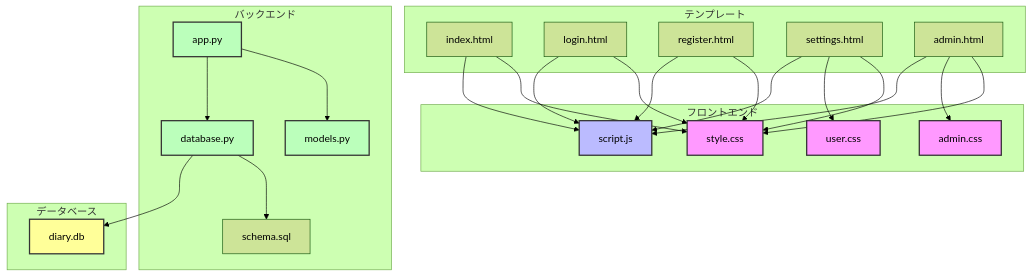
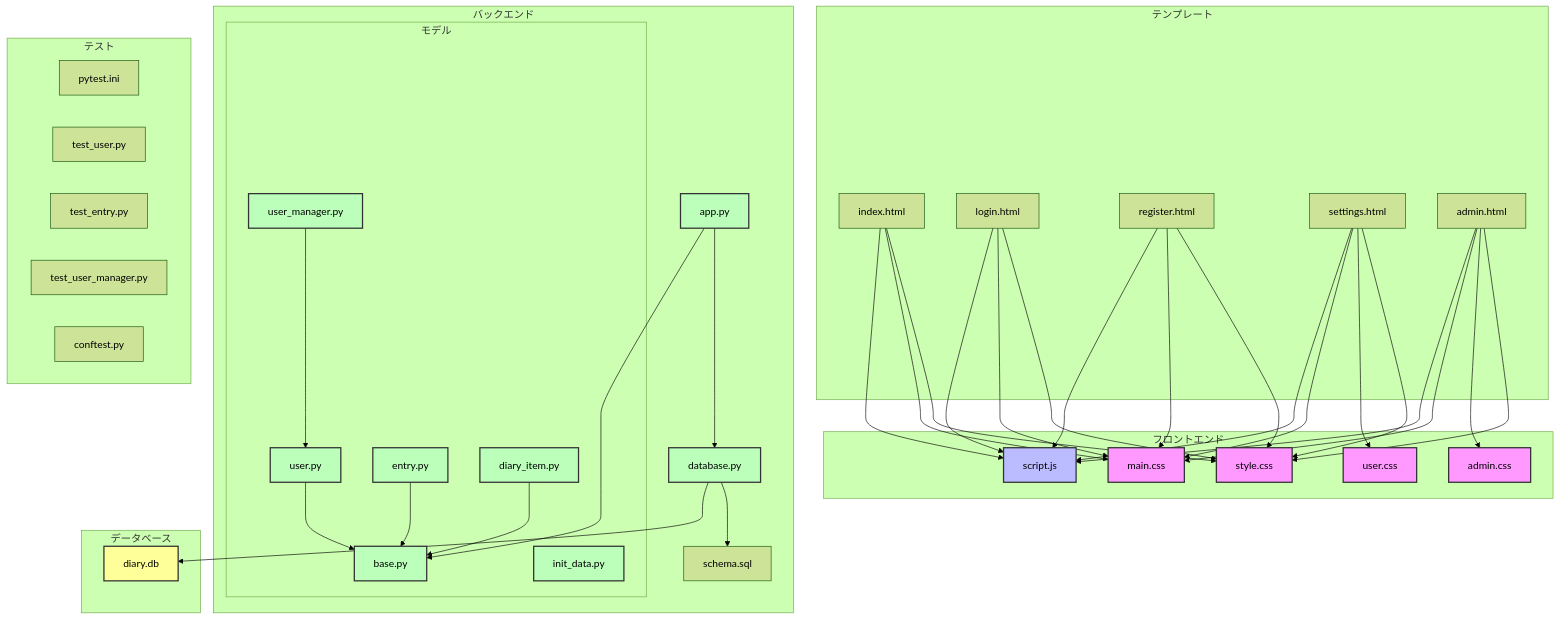
One commit to sougetuOte/LifeLog changed the tenth of 10 diagrams in docs/diagrams_ja.md. Above: the diagram before and after it, drawn with Mermaid (forest theme). The commit also changed other lines of this file and 20 other files, not shown here.

````diff
--- a/docs/diagrams_ja.md
+++ b/docs/diagrams_ja.md
@@ -292,56 +316,87 @@
         A[style.css]
         B[admin.css]
         C[user.css]
-        D[script.js]
+        D[main.css]
+        E[script.js]
     end
 
     subgraph テンプレート
-        E[index.html]
-        F[login.html]
-        G[register.html]
-        H[settings.html]
-        I[admin.html]
+        F[index.html]
+        G[login.html]
+        H[register.html]
+        I[settings.html]
+        J[admin.html]
     end
 
     subgraph バックエンド
-        J[app.py]
-        K[models.py]
-        L[database.py]
-        M[schema.sql]
+        K[app.py]
+        subgraph モデル
+            L1[base.py]
+            L2[user.py]
+            L3[entry.py]
+            L4[diary_item.py]
+            L5[user_manager.py]
+            L6[init_data.py]
+        end
+        M[database.py]
+        N[schema.sql]
     end
 
     subgraph データベース
-        N[diary.db]
+        O[diary.db]
+    end
+
+    subgraph テスト
+        P[pytest.ini]
+        Q[test_user.py]
+        R[test_entry.py]
+        S[test_user_manager.py]
+        T[conftest.py]
     end
 
     %% フロントエンド依存関係
-    E --> A
     F --> A
     G --> A
     H --> A
-    H --> C
     I --> A
-    I --> B
-
-    %% テンプレート依存関係
-    E --> D
+    I --> C
+    J --> A
+    J --> B
     F --> D
     G --> D
     H --> D
     I --> D
+    J --> D
+
+    %% テンプレート依存関係
+    F --> E
+    G --> E
+    H --> E
+    I --> E
+    J --> E
 
     %% バックエンド依存関係
-    J --> K
-    J --> L
-    L --> M
-    L --> N
+    K --> L1
+    L2 --> L1
+    L3 --> L1
+    L4 --> L1
+    L5 --> L2
+    K --> M
+    M --> N
+    M --> O
 
     style A fill:#f9f,stroke:#333,stroke-width:2px
     style B fill:#f9f,stroke:#333,stroke-width:2px
     style C fill:#f9f,stroke:#333,stroke-width:2px
-    style D fill:#bbf,stroke:#333,stroke-width:2px
-    style J fill:#bfb,stroke:#333,stroke-width:2px
+    style D fill:#f9f,stroke:#333,stroke-width:2px
+    style E fill:#bbf,stroke:#333,stroke-width:2px
     style K fill:#bfb,stroke:#333,stroke-width:2px
-    style L fill:#bfb,stroke:#333,stroke-width:2px
-    style N fill:#ff9,stroke:#333,stroke-width:2px
+    style L1 fill:#bfb,stroke:#333,stroke-width:2px
+    style L2 fill:#bfb,stroke:#333,stroke-width:2px
+    style L3 fill:#bfb,stroke:#333,stroke-width:2px
+    style L4 fill:#bfb,stroke:#333,stroke-width:2px
+    style L5 fill:#bfb,stroke:#333,stroke-width:2px
+    style L6 fill:#bfb,stroke:#333,stroke-width:2px
+    style M fill:#bfb,stroke:#333,stroke-width:2px
+    style O fill:#ff9,stroke:#333,stroke-width:2px
 ```
````
